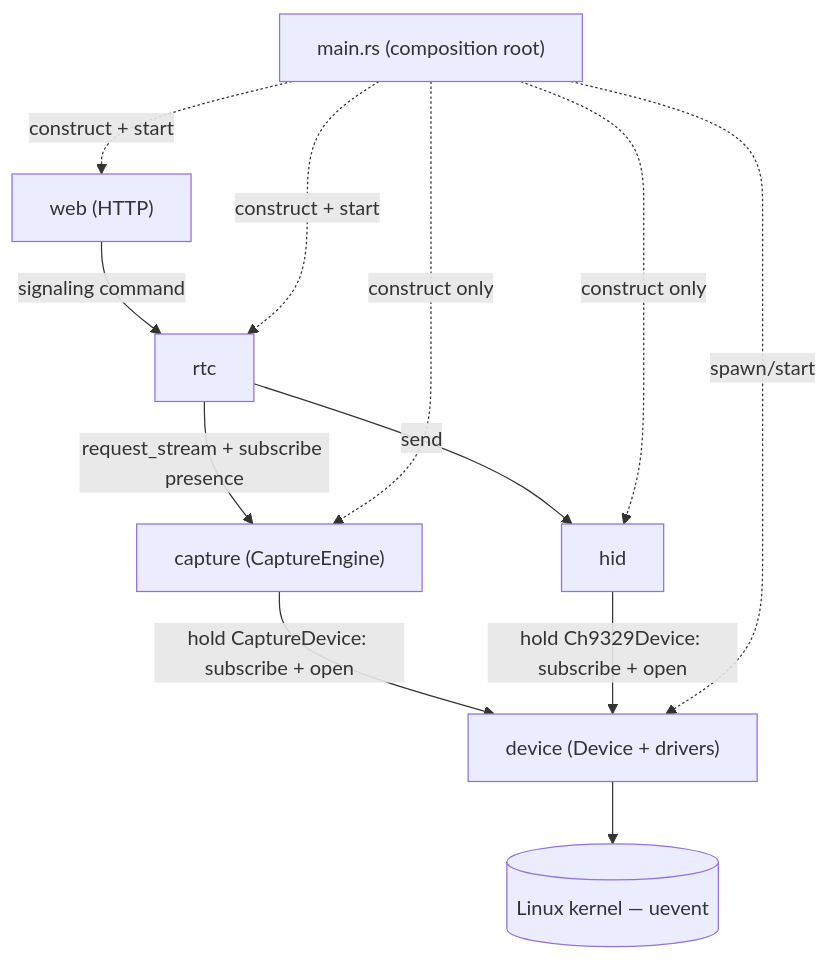
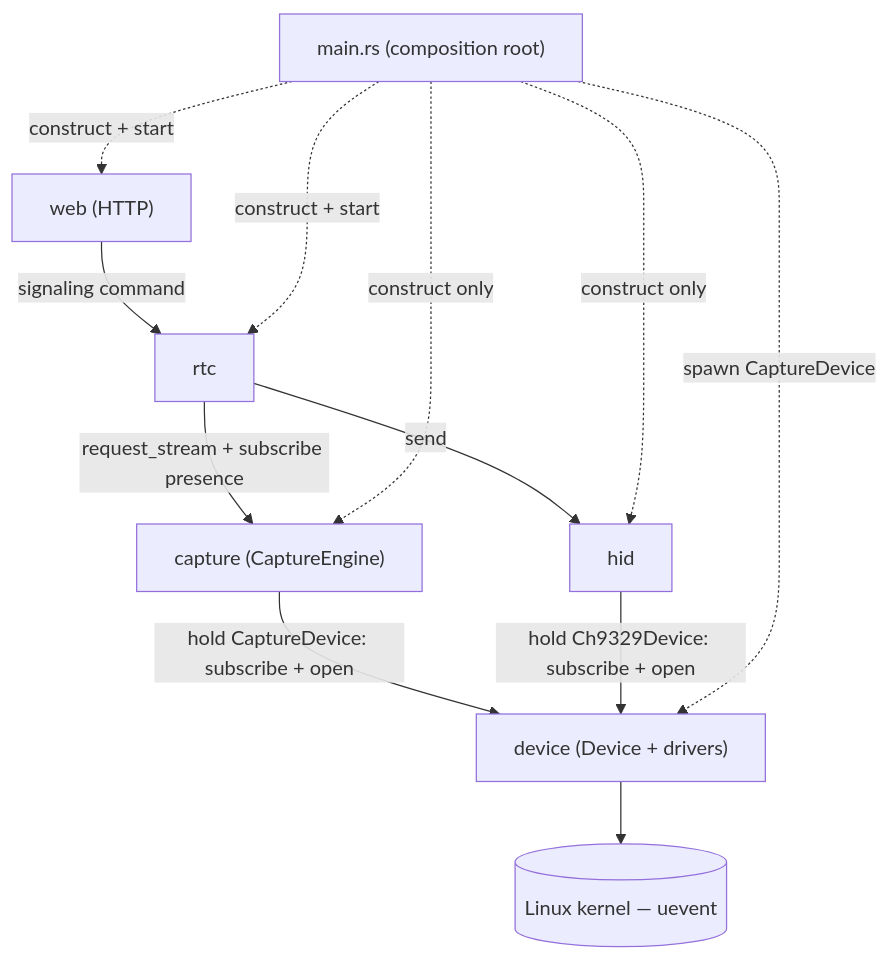
One commit to siammridha/simple_kvm changed the diagram in docs/ARCHITECTURE.md. Above: the diagram before and after it, drawn with Mermaid. The commit also changed other lines of this file and 5 other files, not shown here.

````diff
--- a/docs/ARCHITECTURE.md
+++ b/docs/ARCHITECTURE.md
@@ -108,23 +110,23 @@
 ```mermaid
 graph TD
     main["main.rs (composition root)"]
     device["device (Device<D> + drivers)"]
     capture["capture (CaptureEngine)"]
     hid["hid"]
     rtc["rtc"]
     web["web (HTTP)"]
     kernel[("Linux kernel — uevent")]
 
     device --> kernel
     capture -->|hold CaptureDevice: subscribe + open| device
     hid -->|hold Ch9329Device: subscribe + open| device
     rtc -->|request_stream + subscribe presence| capture
     rtc -->|send| hid
     web -->|signaling command| rtc
 
-    main -. spawn/start .-> device
+    main -. spawn CaptureDevice .-> device
     main -. construct + start .-> rtc
     main -. construct + start .-> web
     main -. construct only .-> capture
     main -. construct only .-> hid
 ```
````
